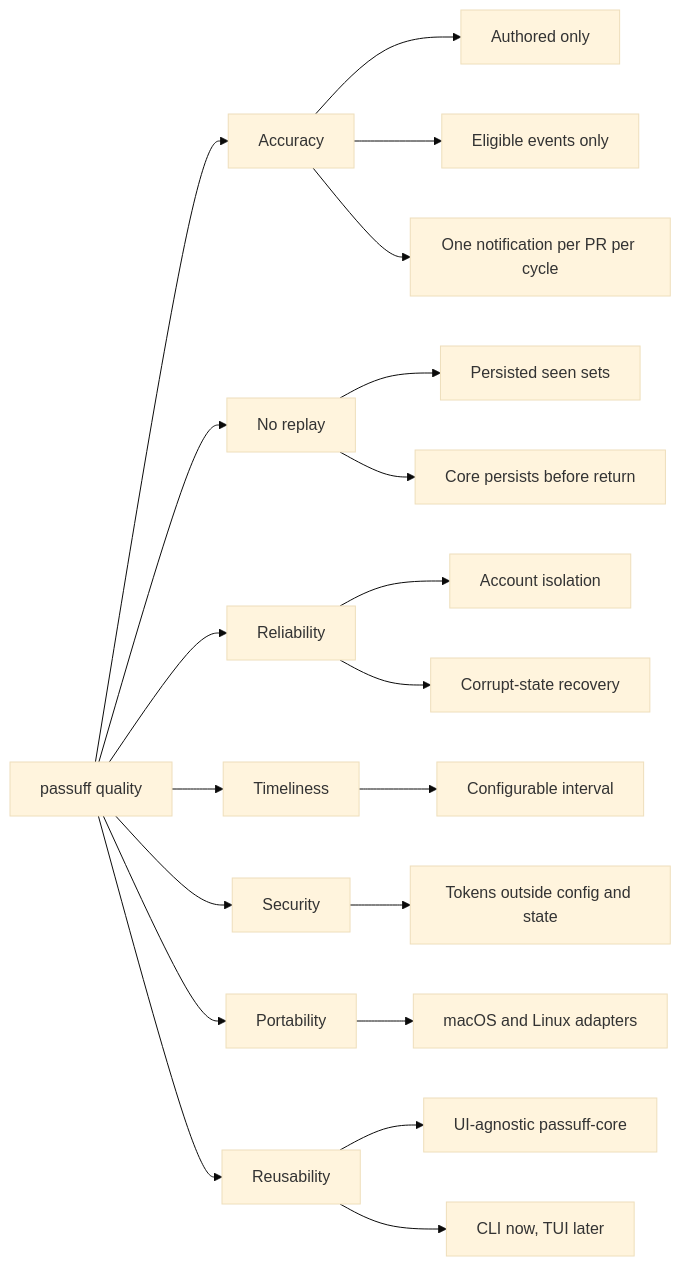
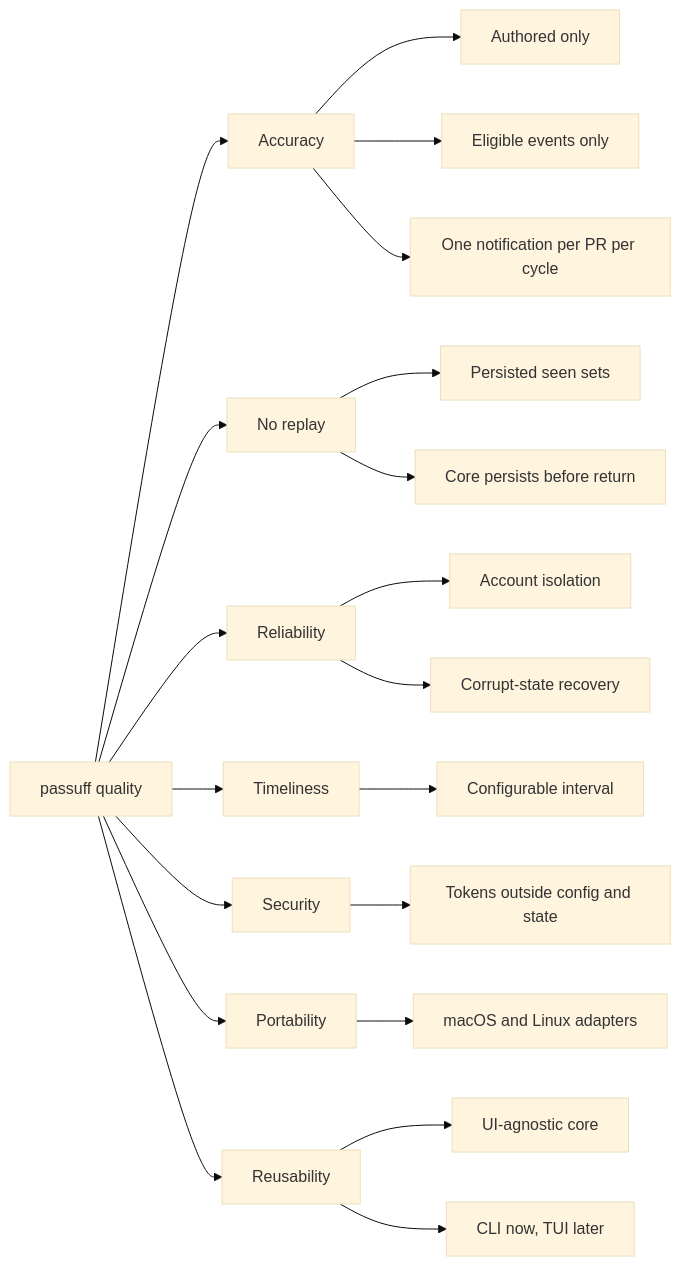
Before and after one commit to buster/passuff: the diagram in docs/arc42/10-quality-requirements.md, drawn with Mermaid (base theme). The commit also changed other lines of this file and 439 other files, not shown here.

````diff
--- a/docs/arc42/10-quality-requirements.md
+++ b/docs/arc42/10-quality-requirements.md
@@ -5,23 +5,23 @@
 ```mermaid
 flowchart LR
     quality["passuff quality"] --> accuracy["Accuracy"]
     quality --> replay["No replay"]
     quality --> reliability["Reliability"]
     quality --> timeliness["Timeliness"]
     quality --> security["Security"]
     quality --> portability["Portability"]
     quality --> reusability["Reusability"]
 
     accuracy --> authored["Authored only"]
     accuracy --> eligible["Eligible events only"]
     accuracy --> grouped["One notification per PR per cycle"]
     replay --> persisted["Persisted seen sets"]
     replay --> before["Core persists before return"]
     reliability --> isolation["Account isolation"]
     reliability --> recovery["Corrupt-state recovery"]
     timeliness --> interval["Configurable interval"]
     security --> tokens["Tokens outside config and state"]
     portability --> platforms["macOS and Linux adapters"]
-    reusability --> core["UI-agnostic passuff-core"]
+    reusability --> core["UI-agnostic core"]
     reusability --> adapters["CLI now, TUI later"]
 ```
````
